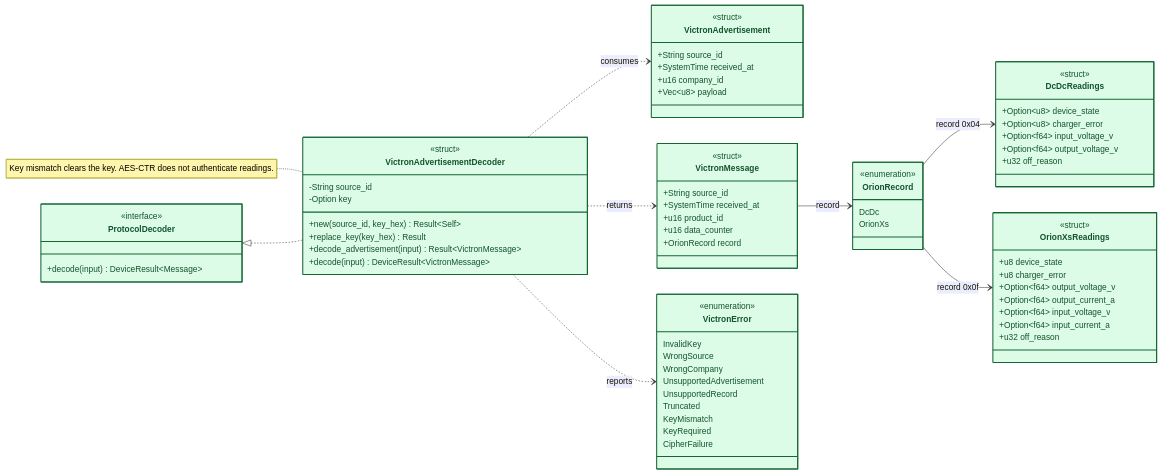
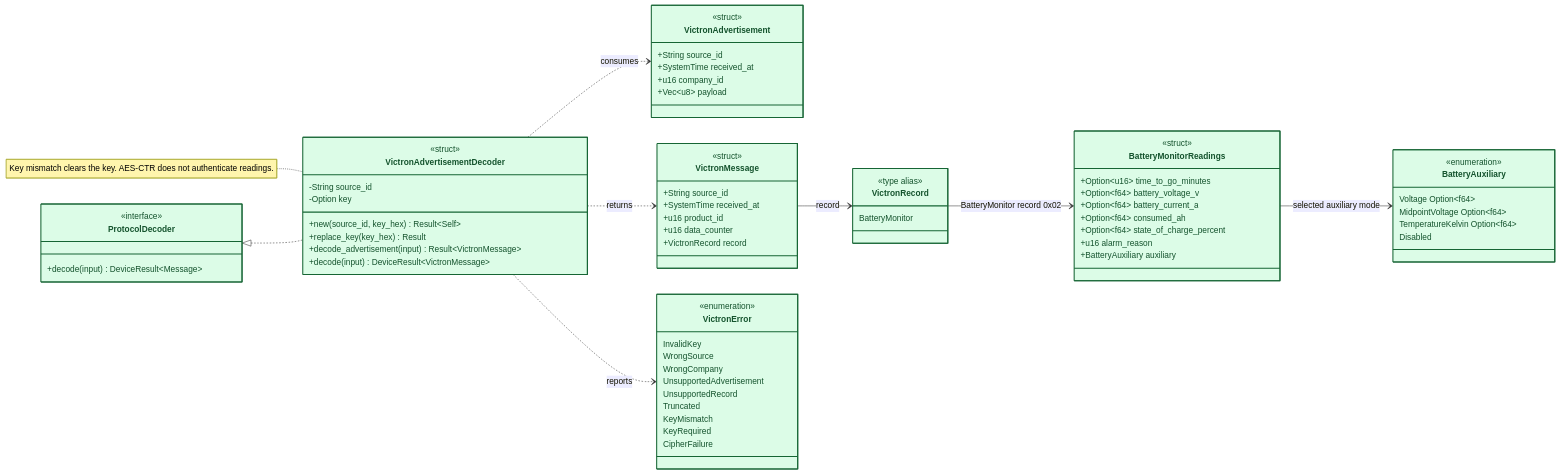
Before and after one commit to amanlig/kodekomplete: the fourth of 5 diagrams in docs/device-interface-class-diagram.md, drawn with Mermaid. The commit also changed other lines of this file and 21 other files, not shown here.

Commit message:
finalize electrical device interface design and project plan

````diff
--- a/docs/device-interface-class-diagram.md
+++ b/docs/device-interface-class-diagram.md
@@ -510,30 +512,28 @@
         +SystemTime received_at
         +u16 product_id
         +u16 data_counter
-        +OrionRecord record
+        +VictronRecord record
     }
-    class OrionRecord {
+    class VictronRecord {
+        <<type alias>>
+        BatteryMonitor
+    }
+    class BatteryMonitorReadings {
+        <<struct>>
+        +Option~u16~ time_to_go_minutes
+        +Option~f64~ battery_voltage_v
+        +Option~f64~ battery_current_a
+        +Option~f64~ consumed_ah
+        +Option~f64~ state_of_charge_percent
+        +u16 alarm_reason
+        +BatteryAuxiliary auxiliary
+    }
+    class BatteryAuxiliary {
         <<enumeration>>
-        DcDc
-        OrionXs
-    }
-    class DcDcReadings {
-        <<struct>>
-        +Option~u8~ device_state
-        +Option~u8~ charger_error
-        +Option~f64~ input_voltage_v
-        +Option~f64~ output_voltage_v
-        +u32 off_reason
-    }
-    class OrionXsReadings {
-        <<struct>>
-        +u8 device_state
-        +u8 charger_error
-        +Option~f64~ output_voltage_v
-        +Option~f64~ output_current_a
-        +Option~f64~ input_voltage_v
-        +Option~f64~ input_current_a
-        +u32 off_reason
+        Voltage Option~f64~
+        MidpointVoltage Option~f64~
+        TemperatureKelvin Option~f64~
+        Disabled
     }
     class VictronError {
         <<enumeration>>
@@ -551,24 +551,24 @@
     VictronAdvertisementDecoder ..> VictronAdvertisement : consumes
     VictronAdvertisementDecoder ..> VictronMessage : returns
     VictronAdvertisementDecoder ..> VictronError : reports
-    VictronMessage --> OrionRecord : record
-    OrionRecord --> DcDcReadings : record 0x04
-    OrionRecord --> OrionXsReadings : record 0x0f
+    VictronMessage --> VictronRecord : record
+    VictronRecord --> BatteryMonitorReadings : BatteryMonitor record 0x02
+    BatteryMonitorReadings --> BatteryAuxiliary : selected auxiliary mode
     note for VictronAdvertisementDecoder "Key mismatch clears the key. AES-CTR does not authenticate readings."
     style ProtocolDecoder fill:#dcfce7,stroke:#166534,color:#14532d,stroke-width:2px
     click ProtocolDecoder href "../device-interface/src/protocol.rs#L11" "Open ProtocolDecoder source"
     style VictronAdvertisementDecoder fill:#dcfce7,stroke:#166534,color:#14532d,stroke-width:2px
-    click VictronAdvertisementDecoder href "../device-interface/vendor/victron/mod.rs#L111" "Open VictronAdvertisementDecoder source"
+    click VictronAdvertisementDecoder href "../device-interface/vendor/victron/mod.rs#L135" "Open VictronAdvertisementDecoder source"
     style VictronAdvertisement fill:#dcfce7,stroke:#166534,color:#14532d,stroke-width:2px
     click VictronAdvertisement href "../device-interface/vendor/victron/mod.rs#L20" "Open VictronAdvertisement source"
     style VictronMessage fill:#dcfce7,stroke:#166534,color:#14532d,stroke-width:2px
     click VictronMessage href "../device-interface/vendor/victron/mod.rs#L30" "Open VictronMessage source"
-    style OrionRecord fill:#dcfce7,stroke:#166534,color:#14532d,stroke-width:2px
-    click OrionRecord href "../device-interface/vendor/victron/mod.rs#L39" "Open OrionRecord source"
-    style DcDcReadings fill:#dcfce7,stroke:#166534,color:#14532d,stroke-width:2px
-    click DcDcReadings href "../device-interface/vendor/victron/mod.rs#L47" "Open DcDcReadings source"
-    style OrionXsReadings fill:#dcfce7,stroke:#166534,color:#14532d,stroke-width:2px
-    click OrionXsReadings href "../device-interface/vendor/victron/mod.rs#L58" "Open OrionXsReadings source"
+    style VictronRecord fill:#dcfce7,stroke:#166534,color:#14532d,stroke-width:2px
+    click VictronRecord href "../device-interface/vendor/victron/mod.rs#L49" "Open record alias"
+    style BatteryMonitorReadings fill:#dcfce7,stroke:#166534,color:#14532d,stroke-width:2px
+    click BatteryMonitorReadings href "../device-interface/vendor/victron/mod.rs#L60" "Open battery readings"
+    style BatteryAuxiliary fill:#dcfce7,stroke:#166534,color:#14532d,stroke-width:2px
+    click BatteryAuxiliary href "../device-interface/vendor/victron/mod.rs#L52" "Open auxiliary enum"
     style VictronError fill:#dcfce7,stroke:#166534,color:#14532d,stroke-width:2px
-    click VictronError href "../device-interface/vendor/victron/mod.rs#L70" "Open VictronError source"
+    click VictronError href "../device-interface/vendor/victron/mod.rs#L94" "Open VictronError source"
 ```
````
